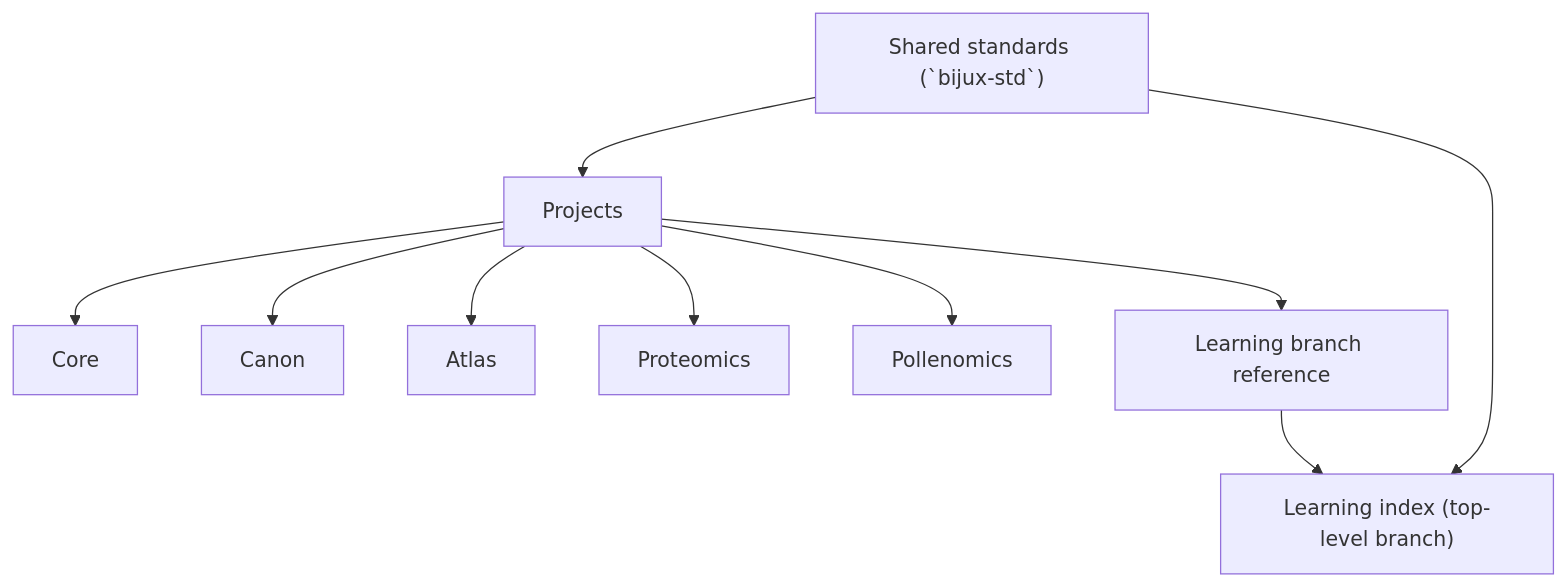
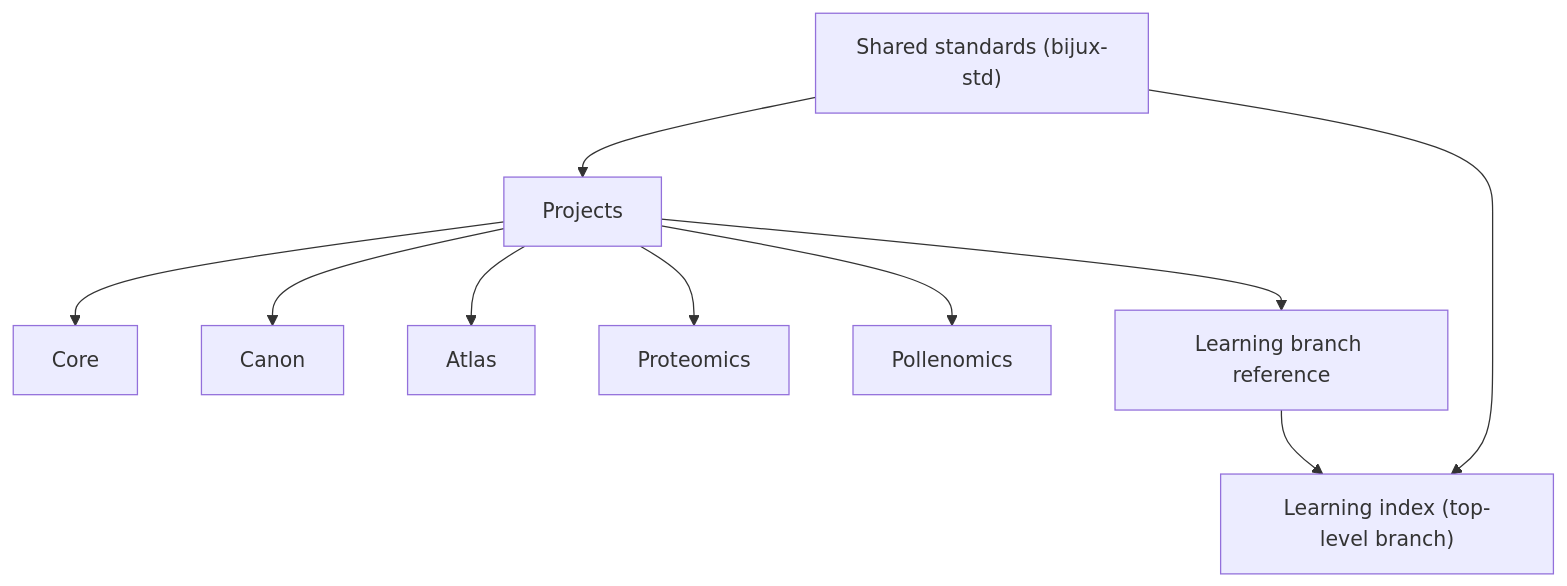
The diagram in docs/projects/index.md (bijux/bijux.github.io), drawn with Mermaid before and after one commit. The commit also changed 1 other file, not shown here.

Commit message:
docs(diagrams): remove codespan markup from mermaid node labels

````diff
--- a/docs/projects/index.md
+++ b/docs/projects/index.md
@@ -17,13 +17,13 @@
 ```mermaid
 graph TD
-    standards["Shared standards (`bijux-std`)"] --> projects["Projects"]
+    standards["Shared standards (bijux-std)"] --> projects["Projects"]
     projects["Projects"] --> core["Core"]
     projects --> canon["Canon"]
     projects --> atlas["Atlas"]
     projects --> proteomics["Proteomics"]
     projects --> pollenomics["Pollenomics"]
     projects --> learning["Learning branch reference"]
 
     learning --> learning_index["Learning index (top-level branch)"]
     standards --> learning_index
 ```
````
